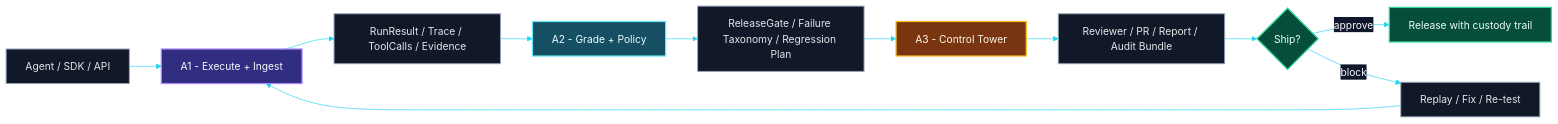
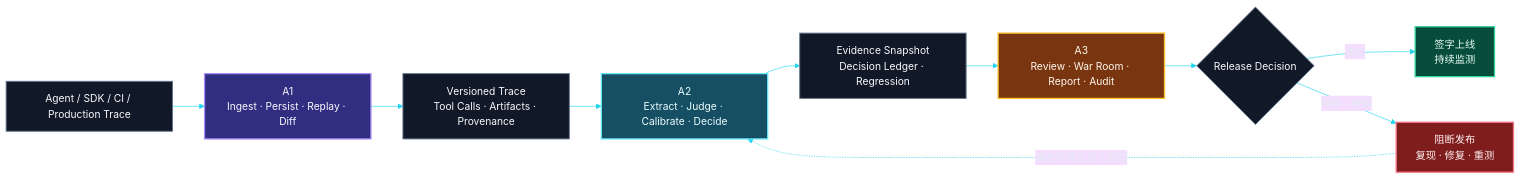
Before and after one commit to 3351666087/release-foundry: the first of 2 diagrams in README.md, drawn with Mermaid. The commit also changed other lines of this file and 5 other files, not shown here.

````diff
--- a/README.md
+++ b/README.md
@@ -81,20 +63,25 @@
 ```mermaid
-%%{init: {"theme": "base", "themeVariables": {"background": "transparent", "primaryColor": "#111827", "primaryTextColor": "#f8fafc", "primaryBorderColor": "#8b5cf6", "lineColor": "#22d3ee", "secondaryColor": "#0f172a", "tertiaryColor": "#1e293b", "fontFamily": "Inter, ui-sans-serif, system-ui"}}}%%
+%%{init: {"theme": "base", "themeVariables": {"background": "transparent", "primaryTextColor": "#e2e8f0", "lineColor": "#22d3ee", "fontFamily": "Inter, ui-sans-serif, system-ui"}}}%%
 flowchart LR
+  classDef source fill:#111827,stroke:#64748b,color:#f8fafc,stroke-width:1.5px
   classDef a1 fill:#312e81,stroke:#a78bfa,color:#f8fafc,stroke-width:2px
   classDef a2 fill:#164e63,stroke:#67e8f9,color:#ecfeff,stroke-width:2px
   classDef a3 fill:#78350f,stroke:#fbbf24,color:#fff7ed,stroke-width:2px
-  classDef artifact fill:#111827,stroke:#94a3b8,color:#e5e7eb,stroke-width:1.5px
-  classDef decision fill:#064e3b,stroke:#34d399,color:#ecfdf5,stroke-width:2px
+  classDef pass fill:#064e3b,stroke:#34d399,color:#ecfdf5,stroke-width:2px
+  classDef block fill:#7f1d1d,stroke:#fb7185,color:#fff1f2,stroke-width:2px
 
-  Agent["Agent / SDK / API"]:::artifact --> A1["A1 - Execute + Ingest"]:::a1
-  A1 --> Trace["RunResult / Trace / ToolCalls / Evidence"]:::artifact
-  Trace --> A2["A2 - Grade + Policy"]:::a2
-  A2 --> Gate["ReleaseGate / Failure Taxonomy / Regression Plan"]:::artifact
-  Gate --> A3["A3 - Control Tower"]:::a3
-  A3 --> Review["Reviewer / PR / Report / Audit Bundle"]:::artifact
-  Review --> Decision{"Ship?"}:::decision
-  Decision -->|approve| Ship["Release with custody trail"]:::decision
-  Decision -->|block| Replay["Replay / Fix / Re-test"]:::artifact
-  Replay --> A1
+  Agent["Agent / SDK / CI / Production Trace"]:::source
+  A1["A1<br/>Ingest · Persist · Replay · Diff"]:::a1
+  Evidence["Versioned Trace<br/>Tool Calls · Artifacts · Provenance"]:::source
+  A2["A2<br/>Extract · Judge · Calibrate · Decide"]:::a2
+  Ledger["Evidence Snapshot<br/>Decision Ledger · Regression"]:::source
+  A3["A3<br/>Review · War Room · Report · Audit"]:::a3
+  Decision{"Release Decision"}:::source
+  Ship["签字上线<br/>持续监测"]:::pass
+  Stop["阻断发布<br/>复现 · 修复 · 重测"]:::block
+
+  Agent --> A1 --> Evidence --> A2 --> Ledger --> A3 --> Decision
+  Decision -->|"通过"| Ship
+  Decision -->|"阻断 / 审核"| Stop
+  Stop -. "事故与修正进入回归" .-> A2
 ```
````
